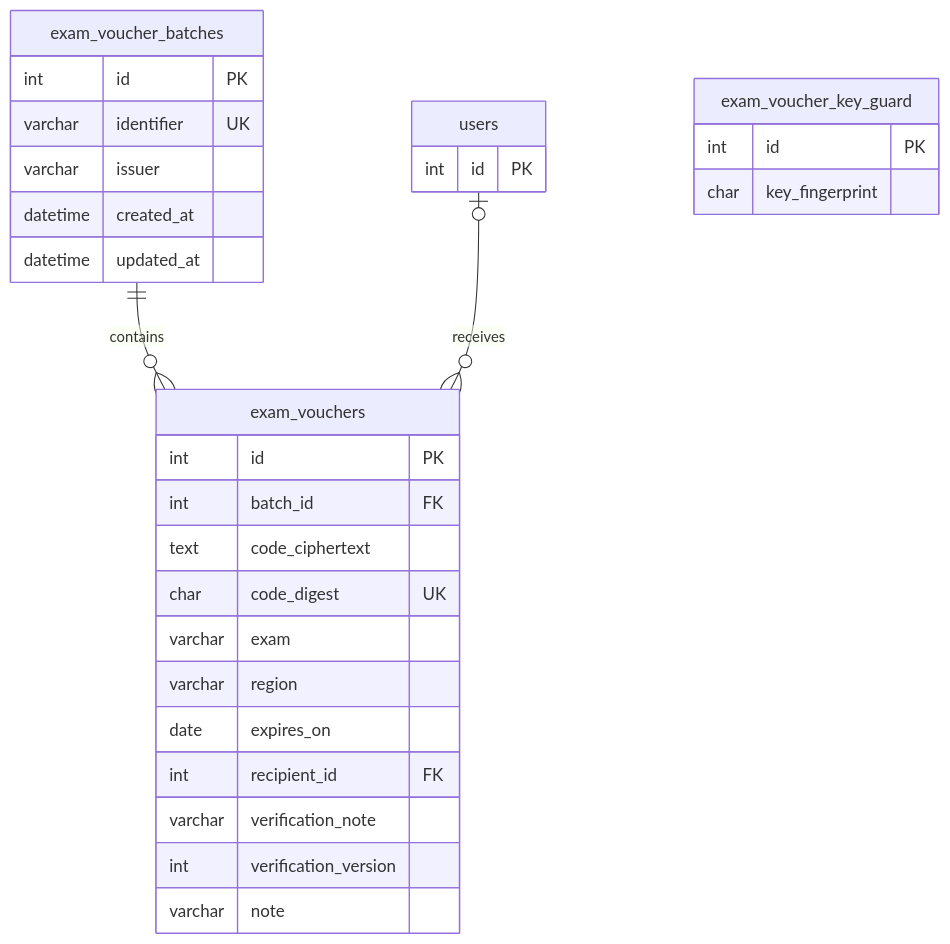
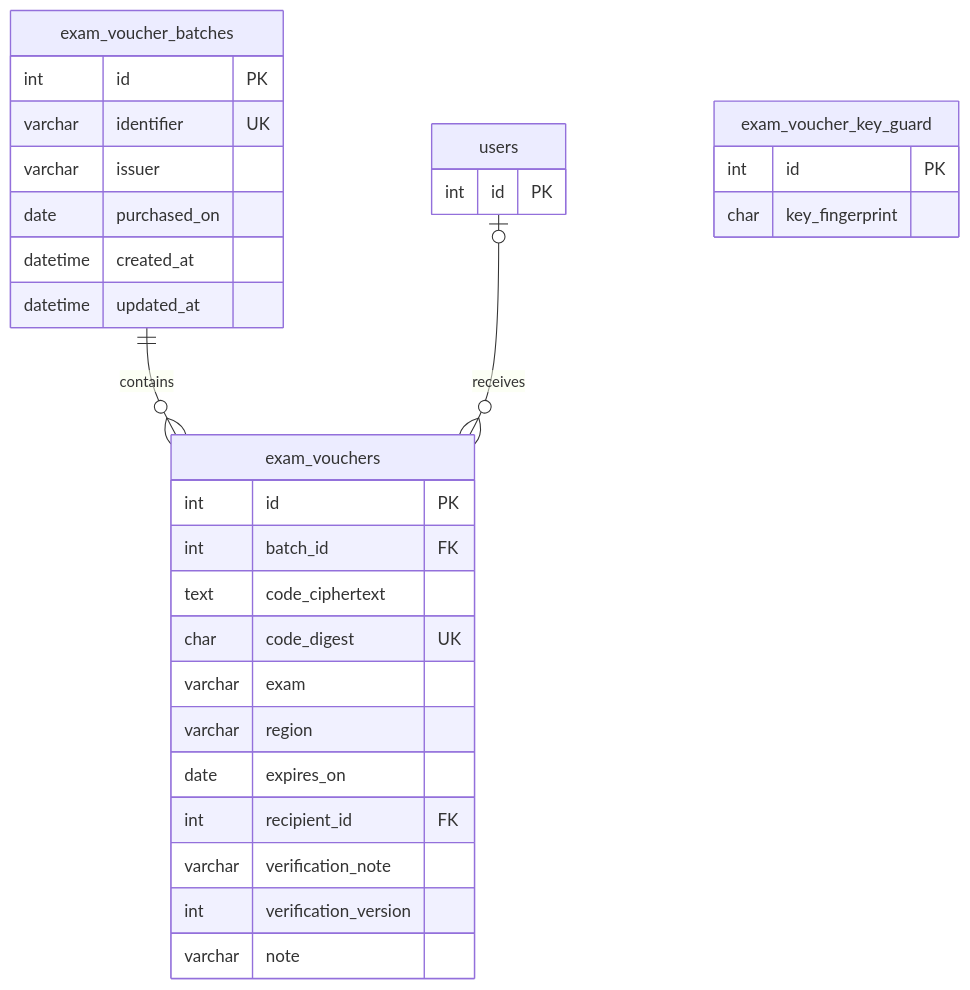
One commit to terateams/TeamsExam changed the second of 2 diagrams in docs/exam-vouchers.md. Above: the diagram before and after it, drawn with Mermaid. The commit also changed other lines of this file and 11 other files, not shown here.

````diff
--- a/docs/exam-vouchers.md
+++ b/docs/exam-vouchers.md
@@ -38,33 +38,34 @@
 ```mermaid
 erDiagram
     exam_voucher_batches ||--o{ exam_vouchers : contains
     users o|--o{ exam_vouchers : receives
 
     exam_voucher_batches {
         int id PK
         varchar identifier UK
         varchar issuer
+        date purchased_on
         datetime created_at
         datetime updated_at
     }
     exam_vouchers {
         int id PK
         int batch_id FK
         text code_ciphertext
         char code_digest UK
         varchar exam
         varchar region
         date expires_on
         int recipient_id FK
         varchar verification_note
         int verification_version
         varchar note
     }
     users {
         int id PK
     }
     exam_voucher_key_guard {
         int id PK
         char key_fingerprint
     }
 ```
````
